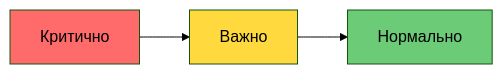
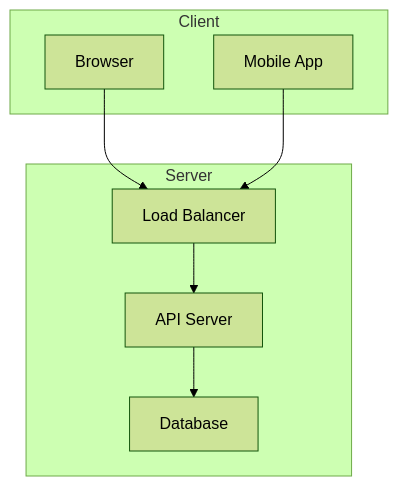
Diagram 12 of 12 in docs/guides/obsidian.md (DaniilGavrin/mermaid-guide), drawn with Mermaid (forest theme) before and after one commit. The commit also changed other lines of this file and 27 other files, not shown here.

Commit message:
fix: все диаграммы теперь показывают и код, и результат (28 файлов исправлено)

````diff
--- a/docs/guides/obsidian.md
+++ b/docs/guides/obsidian.md
@@ -321,9 +476,18 @@
-   ```mermaid
-   graph LR
-       A[Критично] --> B[Важно]
-       B --> C[Нормально]
-       
-       style A fill:#ff6b6b
-       style B fill:#ffd93d
-       style C fill:#6bcb77
-   ```
+```mermaid
+graph TB
+    subgraph Client
+        A[Browser]
+        B[Mobile App]
+    end
+    
+    subgraph Server
+        C[Load Balancer]
+        D[API Server]
+        E[Database]
+    end
+    
+    A --> C
+    B --> C
+    C --> D
+    D --> E
+```
````
